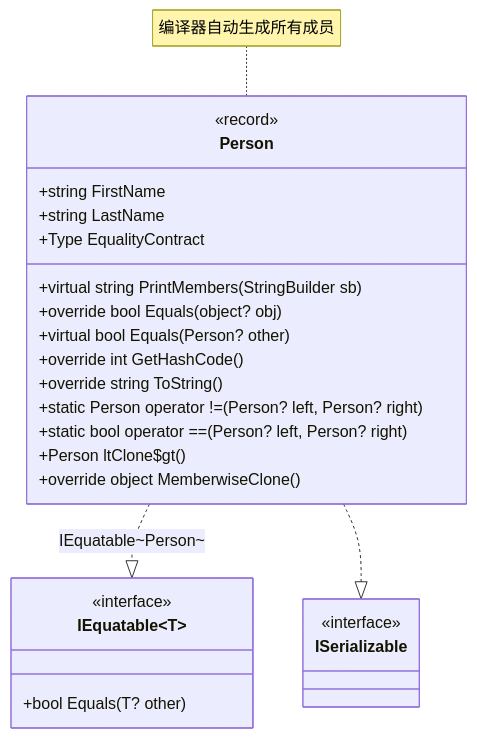
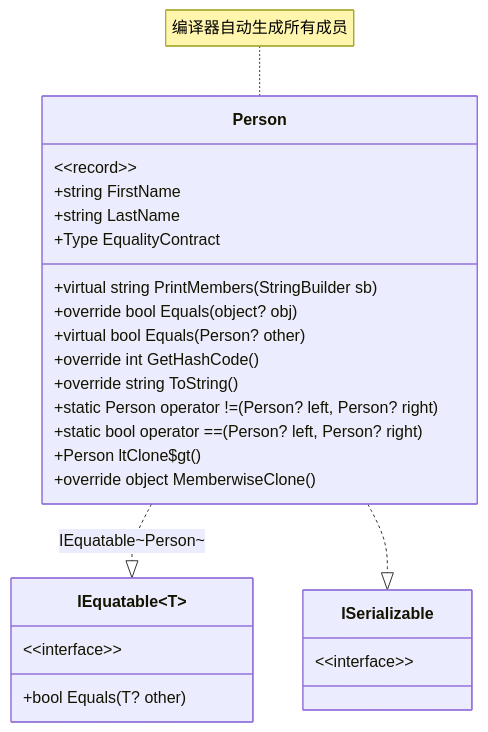
The first of 5 diagrams in src/后端开发/CSharp/CLR深度/08_高级类型与模式/03_记录类型与with表达式.md (moklgydocs/moklgydocs.github.io), drawn with Mermaid before and after one commit. The commit also changed other lines of this file and 32 other files, not shown here.

````diff
--- a/src/后端开发/CSharp/CLR深度/08_高级类型与模式/03_记录类型与with表达式.md
+++ b/src/后端开发/CSharp/CLR深度/08_高级类型与模式/03_记录类型与with表达式.md
@@ -35,32 +35,32 @@
 ```mermaid
 classDiagram
     class Person {
-        <<record>>
+        <~record~>
         +string FirstName
         +string LastName
         +virtual string PrintMembers(StringBuilder sb)
         +override bool Equals(object? obj)
         +virtual bool Equals(Person? other)
         +override int GetHashCode()
         +override string ToString()
         +static Person operator !=(Person? left, Person? right)
         +static bool operator ==(Person? left, Person? right)
         +Person ltClone$gt()
         +override object MemberwiseClone()
         +Type EqualityContract
     }
 
     class IEquatable~T~ {
-        <<interface>>
+        <~interface~>
         +bool Equals(T? other)
     }
 
     class ISerializable {
-        <<interface>>
+        <~interface~>
     }
 
     Person ..|> IEquatable~T~ : IEquatable~Person~
     Person ..|> ISerializable
 
     note for Person "编译器自动生成所有成员"
 ```
````
